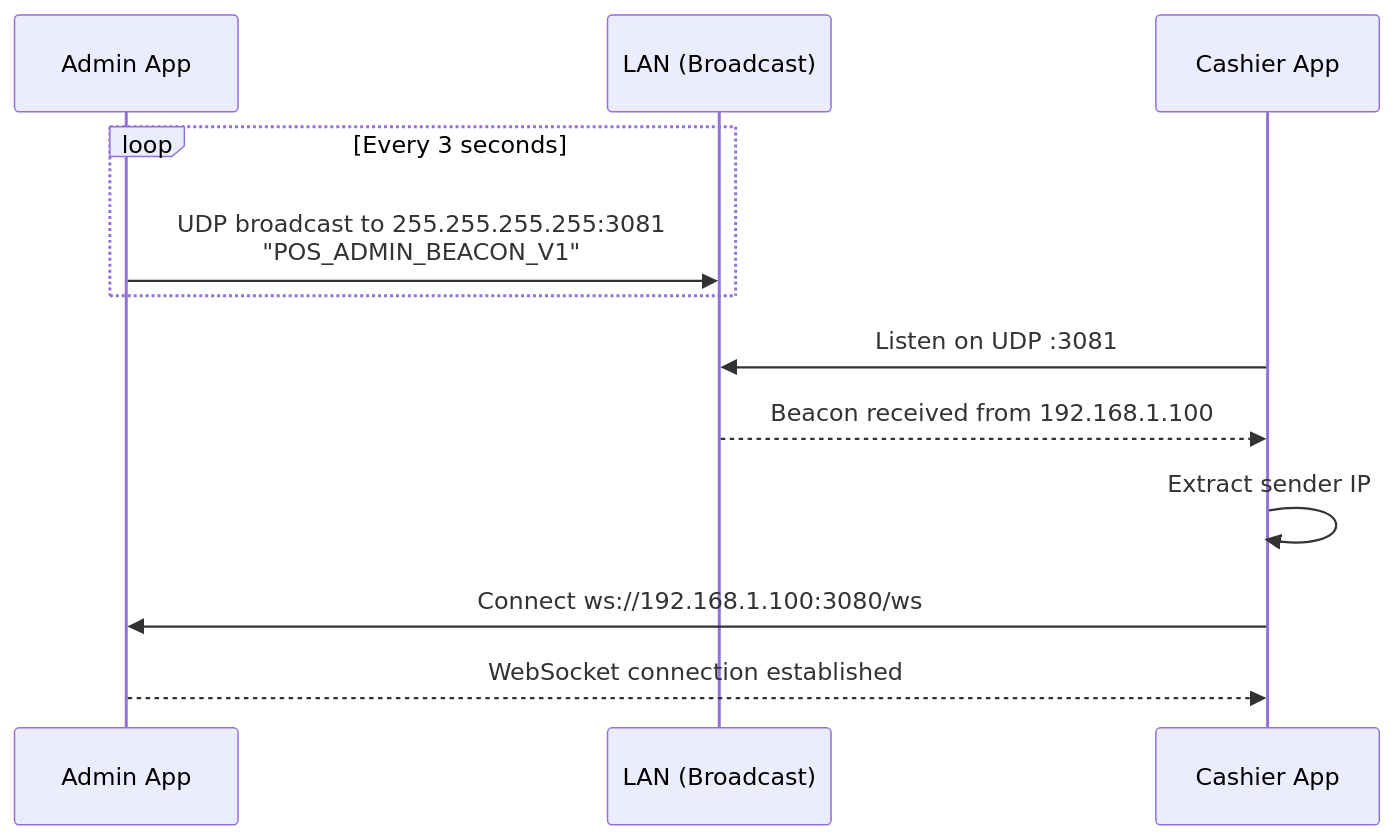
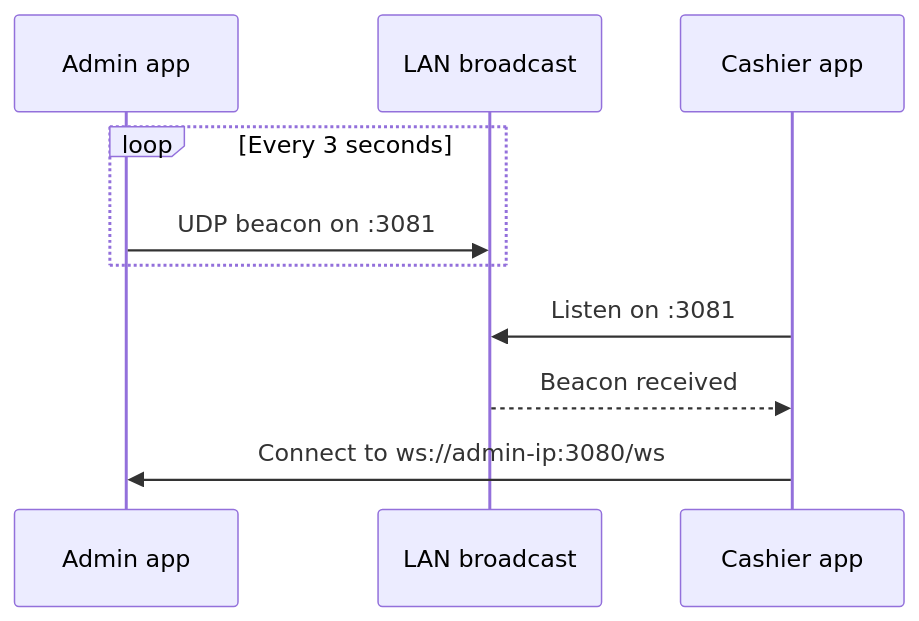
The third of 7 diagrams in docs/04-networking.md (BootlegYouki/at-iba-pa-pos), drawn with Mermaid before and after one commit. The commit also changed other lines of this file and 10 other files, not shown here.

First line of the commit message:
Refactor user guide and database schema documentation; enhance export reports feature

````diff
--- a/docs/04-networking.md
+++ b/docs/04-networking.md
@@ -118,16 +101,13 @@
 ```mermaid
 sequenceDiagram
-    participant Admin as Admin App
-    participant Network as LAN (Broadcast)
-    participant Cashier as Cashier App
+    participant Admin as Admin app
+    participant LAN as LAN broadcast
+    participant Cashier as Cashier app
 
     loop Every 3 seconds
-        Admin->>Network: UDP broadcast to 255.255.255.255:3081<br/>"POS_ADMIN_BEACON_V1"
+        Admin->>LAN: UDP beacon on :3081
     end
-
-    Cashier->>Network: Listen on UDP :3081
-    Network-->>Cashier: Beacon received from 192.168.1.100
-    Cashier->>Cashier: Extract sender IP
-    Cashier->>Admin: Connect ws://192.168.1.100:3080/ws
-    Admin-->>Cashier: WebSocket connection established
+    Cashier->>LAN: Listen on :3081
+    LAN-->>Cashier: Beacon received
+    Cashier->>Admin: Connect to ws://admin-ip:3080/ws
 ```
````
